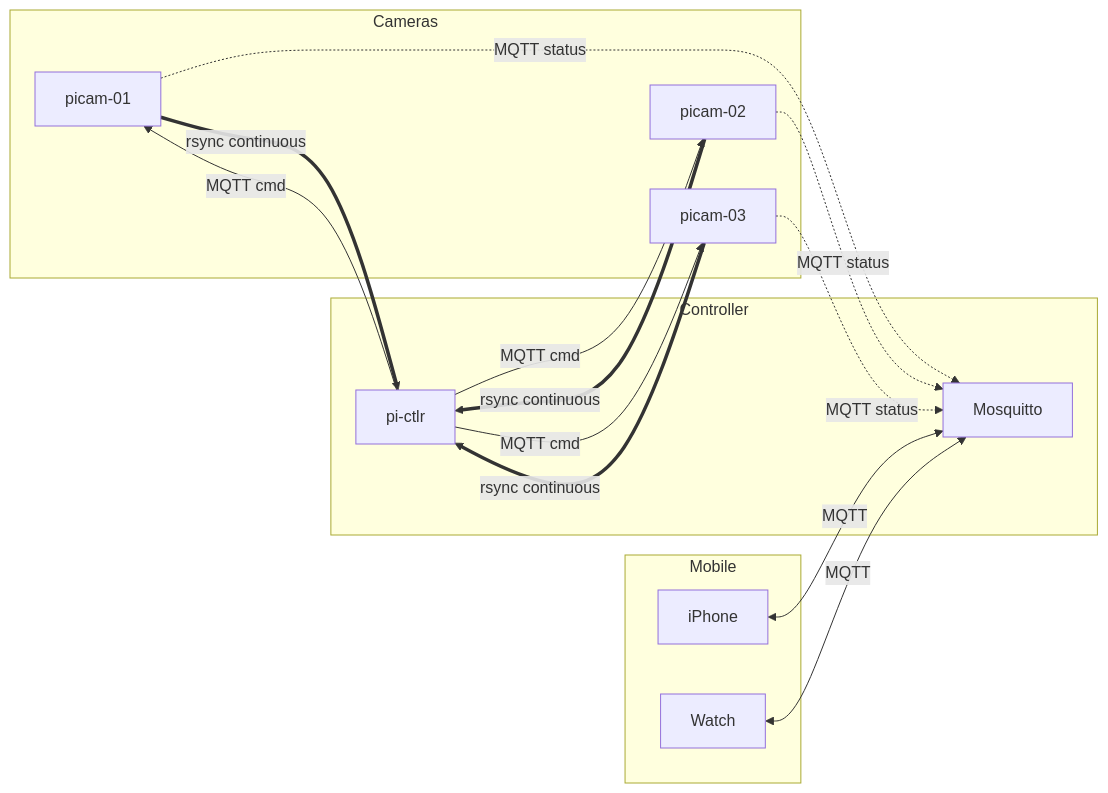
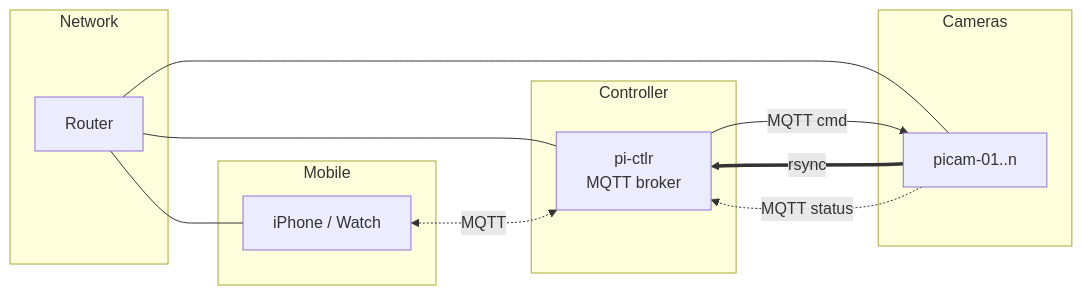
Before and after one commit to syncdrivenet/docs: the diagram in wiki/docs/reference/system-design.md, drawn with Mermaid. The commit also changed other lines of this file and 1 other file, not shown here.

Commit message:
Clean up diagram, scalable picam nodes, reorder reference

````diff
--- a/wiki/docs/reference/system-design.md
+++ b/wiki/docs/reference/system-design.md
@@ -23,33 +13,27 @@
 ```mermaid
 graph LR
-    subgraph Cameras
-        PiCam1[picam-01]
-        PiCam2[picam-02]
-        PiCam3[picam-03]
+    subgraph Network
+        Router[Router]
     end
 
     subgraph Controller
-        PiCtlr[pi-ctlr]
-        MQTT[Mosquitto]
+        PiCtlr[pi-ctlr<br/>MQTT broker]
+    end
+
+    subgraph Cameras
+        PiCam[picam-01..n]
     end
 
     subgraph Mobile
-        Phone[iPhone]
-        Watch[Watch]
+        Phone[iPhone / Watch]
     end
 
-    PiCtlr -->|MQTT cmd| PiCam1
-    PiCtlr -->|MQTT cmd| PiCam2
-    PiCtlr -->|MQTT cmd| PiCam3
+    Router --- PiCtlr
+    Router --- PiCam
+    Router --- Phone
 
-    PiCam1 ==>|rsync continuous| PiCtlr
-    PiCam2 ==>|rsync continuous| PiCtlr
-    PiCam3 ==>|rsync continuous| PiCtlr
-
-    PiCam1 -.->|MQTT status| MQTT
-    PiCam2 -.->|MQTT status| MQTT
-    PiCam3 -.->|MQTT status| MQTT
-
-    Phone <-->|MQTT| MQTT
-    Watch <-->|MQTT| MQTT
+    PiCtlr -->|MQTT cmd| PiCam
+    PiCam ==>|rsync| PiCtlr
+    PiCam -.->|MQTT status| PiCtlr
+    Phone <-.->|MQTT| PiCtlr
 ```
````
